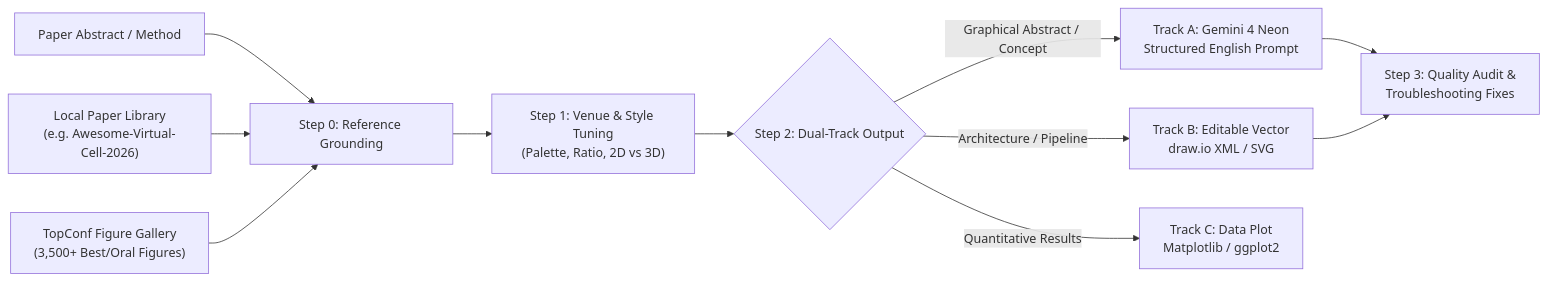
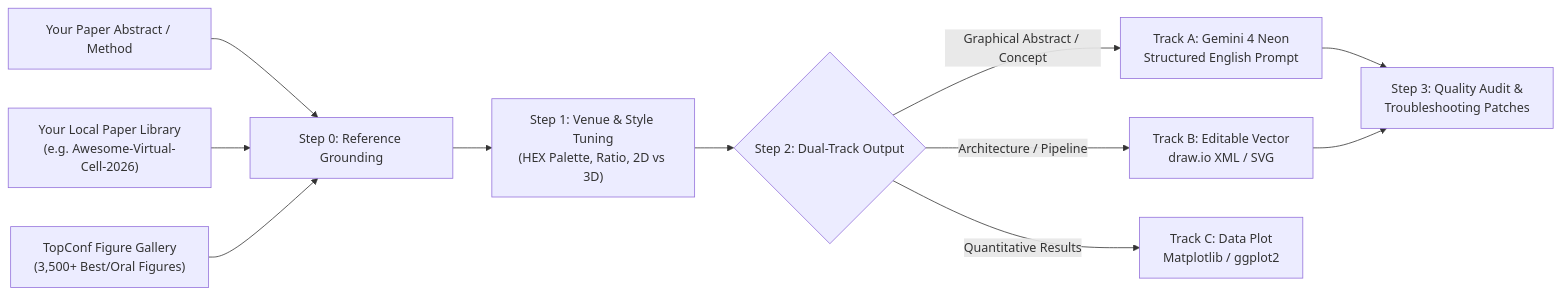
Before and after one commit to zwYang2004/sci-figure-craft: the diagram in README.md, drawn with Mermaid. The commit also changed other lines of this file, not shown here.

Commit message:
docs: highlight Local Paper Library Grounding and setup guide

````diff
--- a/README.md
+++ b/README.md
@@ -14,13 +25,13 @@
 ```mermaid
 flowchart LR
-    A["Paper Abstract / Method"] --> B["Step 0: Reference Grounding"]
-    B1["Local Paper Library<br/>(e.g. Awesome-Virtual-Cell-2026)"] --> B
+    A["Your Paper Abstract / Method"] --> B["Step 0: Reference Grounding"]
+    B1["Your Local Paper Library<br/>(e.g. Awesome-Virtual-Cell-2026)"] --> B
     B2["TopConf Figure Gallery<br/>(3,500+ Best/Oral Figures)"] --> B
-    B --> C["Step 1: Venue & Style Tuning<br/>(Palette, Ratio, 2D vs 3D)"]
+    B --> C["Step 1: Venue & Style Tuning<br/>(HEX Palette, Ratio, 2D vs 3D)"]
     C --> D{"Step 2: Dual-Track Output"}
     D -->|Graphical Abstract / Concept| E["Track A: Gemini 4 Neon<br/>Structured English Prompt"]
     D -->|Architecture / Pipeline| F["Track B: Editable Vector<br/>draw.io XML / SVG"]
     D -->|Quantitative Results| G["Track C: Data Plot<br/>Matplotlib / ggplot2"]
-    E --> H["Step 3: Quality Audit &<br/>Troubleshooting Fixes"]
+    E --> H["Step 3: Quality Audit &<br/>Troubleshooting Patches"]
     F --> H
 ```
````
